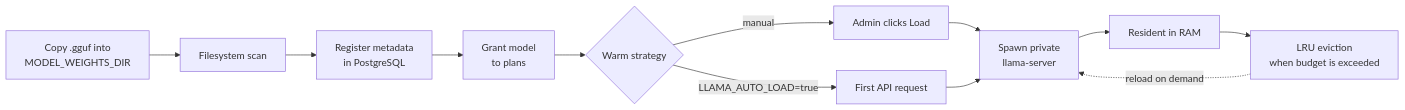
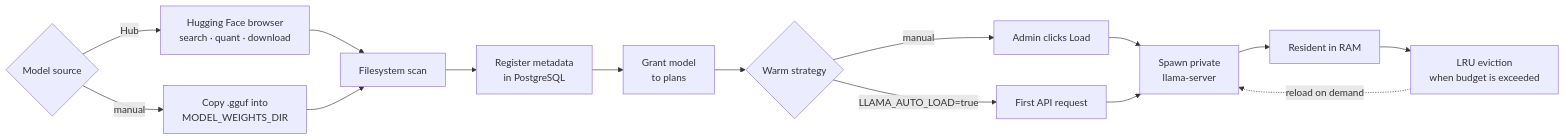
The third of 4 diagrams in README.md (ShahjahanAli/modelforge.ai), drawn with Mermaid before and after one commit. The commit also changed other lines of this file and 31 other files, not shown here.

````diff
--- a/README.md
+++ b/README.md
@@ -157,19 +166,23 @@
 ```mermaid
 flowchart LR
+    Source{"Model source"}
+    HF["Hugging Face browser<br/>search · quant · download"]
     Copy["Copy .gguf into<br/>MODEL_WEIGHTS_DIR"]
     Scan["Filesystem scan"]
     Register["Register metadata<br/>in PostgreSQL"]
     Entitle["Grant model<br/>to plans"]
     Warm{"Warm strategy"}
     Admin["Admin clicks Load"]
     First["First API request"]
     Spawn["Spawn private<br/>llama-server"]
     Resident["Resident in RAM"]
     Evict["LRU eviction<br/>when budget is exceeded"]
 
-    Copy --> Scan --> Register --> Entitle --> Warm
+    Source -->|Hub| HF --> Scan
+    Source -->|manual| Copy --> Scan
+    Scan --> Register --> Entitle --> Warm
     Warm -->|manual| Admin --> Spawn
     Warm -->|LLAMA_AUTO_LOAD=true| First --> Spawn
     Spawn --> Resident --> Evict
     Evict -. reload on demand .-> Spawn
 ```
````
